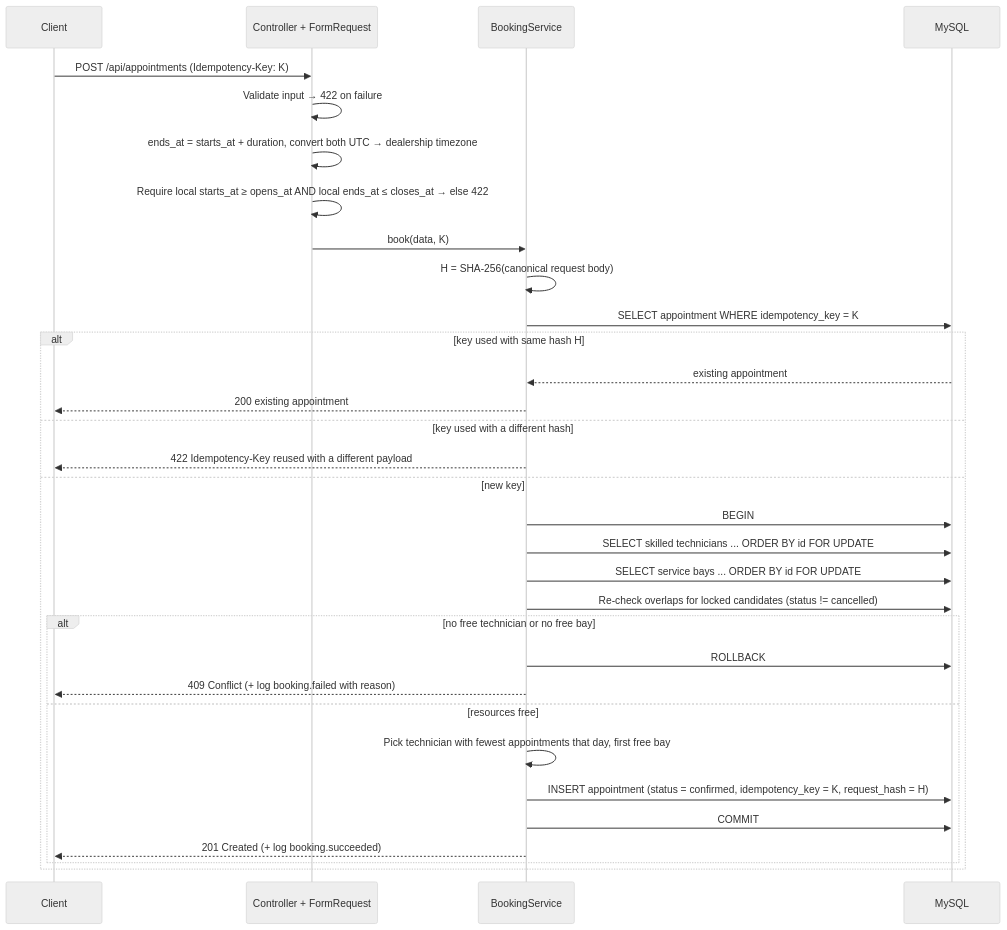
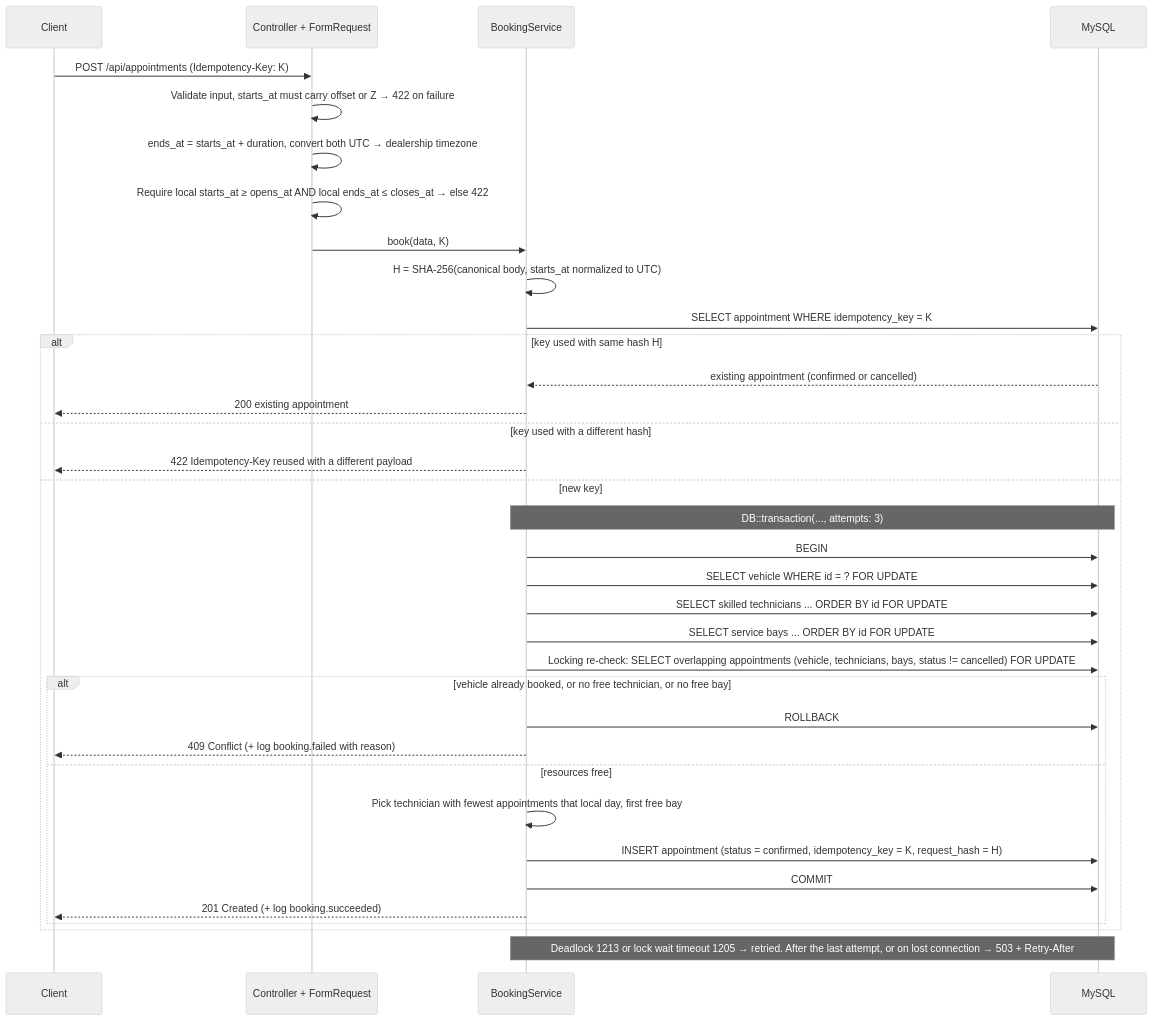
Before and after one commit to Truongpyeo/keyloop-service-scheduler: the third of 3 diagrams in docs/DESIGN.md, drawn with Mermaid (neutral theme). The commit also changed other lines of this file and 1 other file, not shown here.

Commit message:
Refine design after AI-assisted review; add Docker and demo harness decisions

````diff
--- a/docs/DESIGN.md
+++ b/docs/DESIGN.md
@@ -119,35 +133,38 @@
 ```mermaid
 sequenceDiagram
     participant C as Client
     participant API as Controller + FormRequest
     participant BS as BookingService
     participant DB as MySQL
 
     C->>API: POST /api/appointments (Idempotency-Key: K)
-    API->>API: Validate input → 422 on failure
+    API->>API: Validate input, starts_at must carry offset or Z → 422 on failure
     API->>API: ends_at = starts_at + duration, convert both UTC → dealership timezone
     API->>API: Require local starts_at ≥ opens_at AND local ends_at ≤ closes_at → else 422
     API->>BS: book(data, K)
-    BS->>BS: H = SHA-256(canonical request body)
+    BS->>BS: H = SHA-256(canonical body, starts_at normalized to UTC)
     BS->>DB: SELECT appointment WHERE idempotency_key = K
     alt key used with same hash H
-        DB-->>BS: existing appointment
+        DB-->>BS: existing appointment (confirmed or cancelled)
         BS-->>C: 200 existing appointment
     else key used with a different hash
         BS-->>C: 422 Idempotency-Key reused with a different payload
     else new key
+        Note over BS,DB: DB::transaction(..., attempts: 3)
         BS->>DB: BEGIN
+        BS->>DB: SELECT vehicle WHERE id = ? FOR UPDATE
         BS->>DB: SELECT skilled technicians ... ORDER BY id FOR UPDATE
         BS->>DB: SELECT service bays ... ORDER BY id FOR UPDATE
-        BS->>DB: Re-check overlaps for locked candidates (status != cancelled)
-        alt no free technician or no free bay
+        BS->>DB: Locking re-check: SELECT overlapping appointments (vehicle, technicians, bays, status != cancelled) FOR UPDATE
+        alt vehicle already booked, or no free technician, or no free bay
             BS->>DB: ROLLBACK
             BS-->>C: 409 Conflict (+ log booking.failed with reason)
         else resources free
-            BS->>BS: Pick technician with fewest appointments that day, first free bay
+            BS->>BS: Pick technician with fewest appointments that local day, first free bay
             BS->>DB: INSERT appointment (status = confirmed, idempotency_key = K, request_hash = H)
             BS->>DB: COMMIT
             BS-->>C: 201 Created (+ log booking.succeeded)
         end
     end
+    Note over BS,DB: Deadlock 1213 or lock wait timeout 1205 → retried. After the last attempt, or on lost connection → 503 + Retry-After
 ```
````
